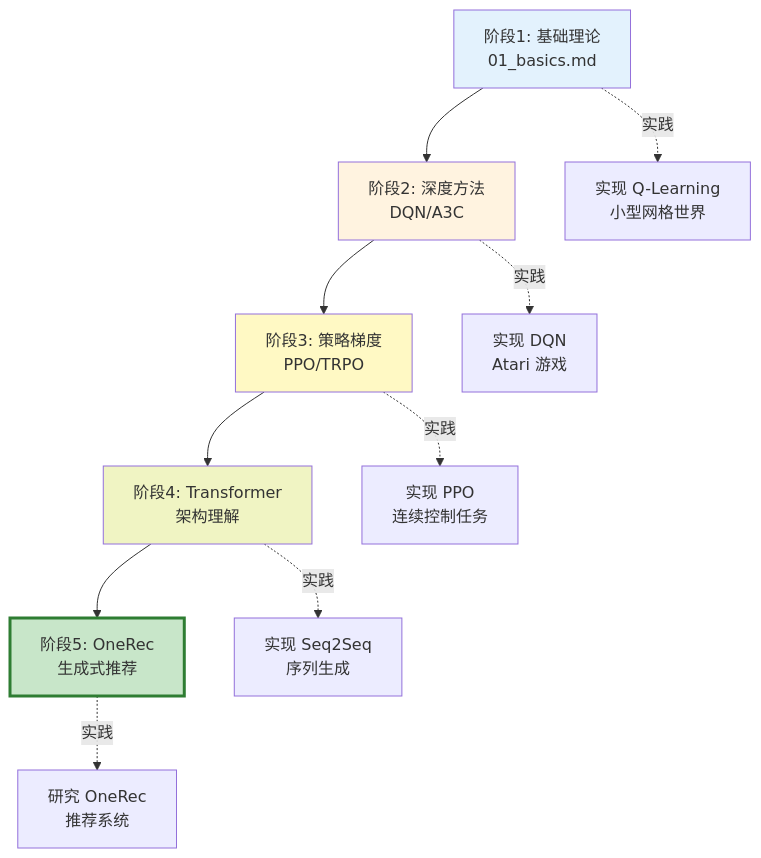
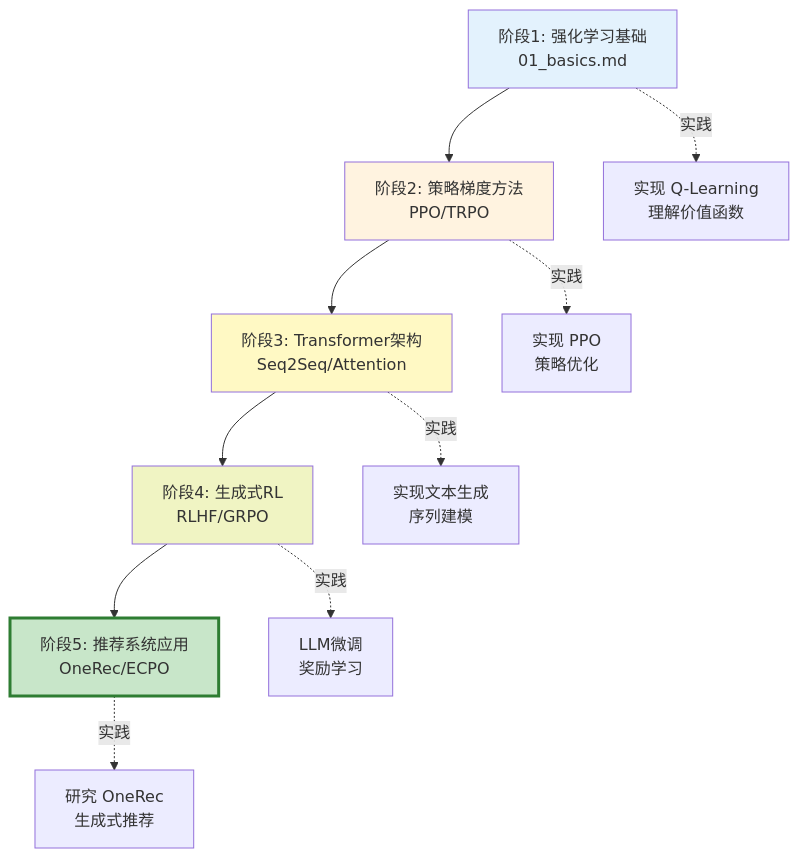
The eighth of 8 diagrams in theory/foundations/04_rl_evolution_to_onerec.md (konyellin-cyber/RL), drawn with Mermaid before and after one commit. The commit also changed other lines of this file and 1 other file, not shown here.

First line of the commit message:
fix: 修正演进图逻辑关系，新增验证报告

````diff
--- a/theory/foundations/04_rl_evolution_to_onerec.md
+++ b/theory/foundations/04_rl_evolution_to_onerec.md
@@ -425,19 +326,19 @@
 ```mermaid
 graph TD
-    L1["阶段1: 基础理论<br/>01_basics.md"] --> L2["阶段2: 深度方法<br/>DQN/A3C"]
-    L2 --> L3["阶段3: 策略梯度<br/>PPO/TRPO"]
-    L3 --> L4["阶段4: Transformer<br/>架构理解"]
-    L4 --> L5["阶段5: OneRec<br/>生成式推荐"]
+    L1["阶段1: 强化学习基础<br/>01_basics.md"] --> L2["阶段2: 策略梯度方法<br/>PPO/TRPO"]
+    L2 --> L3["阶段3: Transformer架构<br/>Seq2Seq/Attention"]
+    L3 --> L4["阶段4: 生成式RL<br/>RLHF/GRPO"]
+    L4 --> L5["阶段5: 推荐系统应用<br/>OneRec/ECPO"]
     
-    L1 -.实践.-> P1["实现 Q-Learning<br/>小型网格世界"]
-    L2 -.实践.-> P2["实现 DQN<br/>Atari 游戏"]
-    L3 -.实践.-> P3["实现 PPO<br/>连续控制任务"]
-    L4 -.实践.-> P4["实现 Seq2Seq<br/>序列生成"]
-    L5 -.实践.-> P5["研究 OneRec<br/>推荐系统"]
+    L1 -.实践.-> P1["实现 Q-Learning<br/>理解价值函数"]
+    L2 -.实践.-> P2["实现 PPO<br/>策略优化"]
+    L3 -.实践.-> P3["实现文本生成<br/>序列建模"]
+    L4 -.实践.-> P4["LLM微调<br/>奖励学习"]
+    L5 -.实践.-> P5["研究 OneRec<br/>生成式推荐"]
     
     style L1 fill:#e3f2fd
     style L2 fill:#fff3e0
     style L3 fill:#fff9c4
     style L4 fill:#f0f4c3
     style L5 fill:#c8e6c9,stroke:#2e7d32,stroke-width:3px
 ```
````
